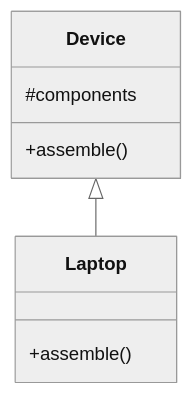
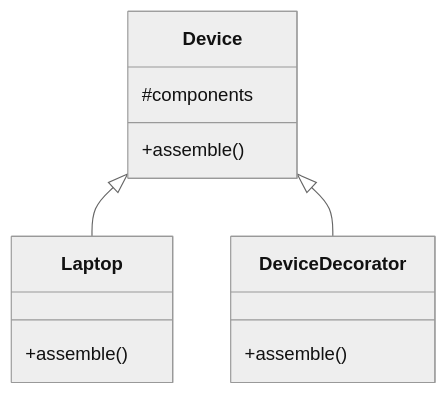
Before and after one commit to fppuma/java-decorator: the diagram in README.md, drawn with Mermaid (neutral theme). The commit also changed other lines of this file, not shown here.

Commit message:
class diagram

````diff
--- a/README.md
+++ b/README.md
@@ -5,9 +5,13 @@
 ```mermaid
 classDiagram
      Device <|-- Laptop
+     Device <|-- DeviceDecorator
      Device : #components
      Device : +assemble()
      class Laptop {
          +assemble()
      }
+     class DeviceDecorator {
+         +assemble()
+     }
 ```
````
